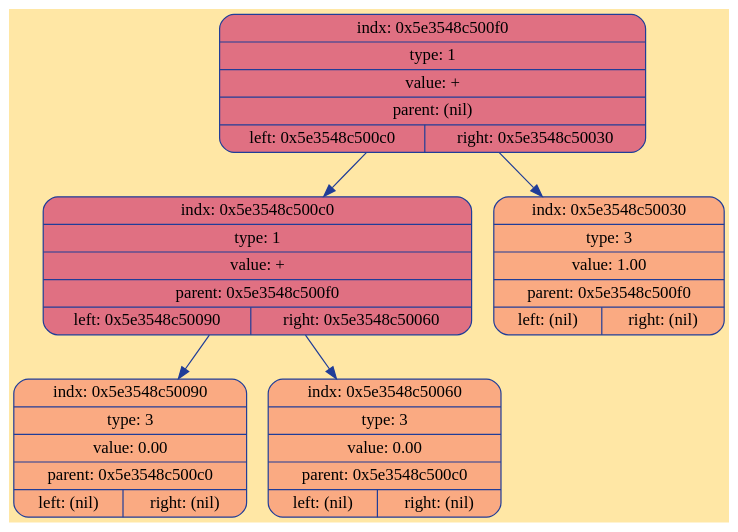
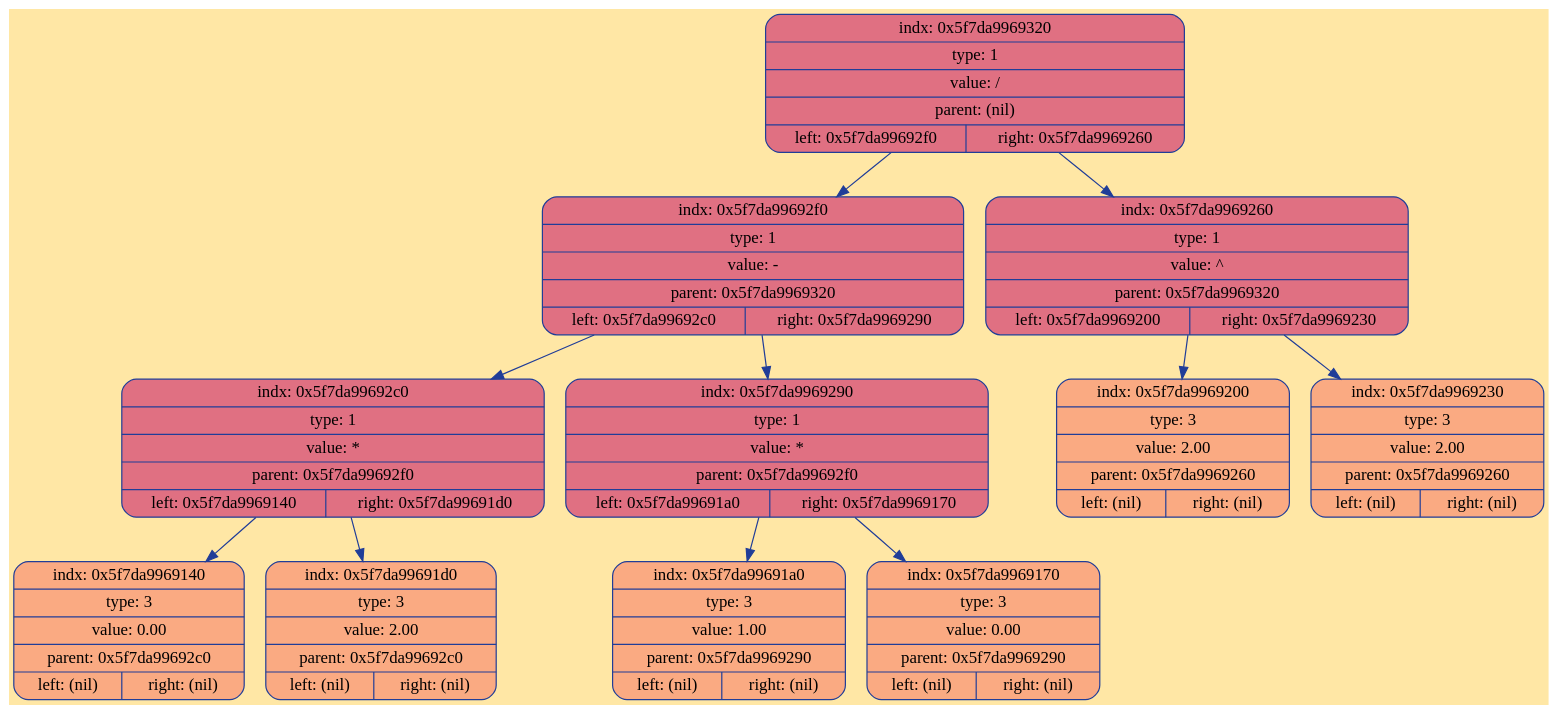
The diagram in debug/tree.dot (ksshkh/differentiator), drawn with Graphviz before and after one commit. The commit also changed 9 other files, not shown here.

```diff
--- a/debug/tree.dot
+++ b/debug/tree.dot
@@ -1,15 +1,27 @@
 digraph Tree {
 	rankdir = TB;
 	node [shape = record];
 	edge [color = "#203D98"];
 	bgcolor = "#FFE7A5";
-	node0x5e3548c500f0 [color = "#203D98", shape = Mrecord, style = filled, fillcolor = "#E07082", label = "{indx: 0x5e3548c500f0 | type: 1 | value: + | parent: (nil) | { left: 0x5e3548c500c0 | right: 0x5e3548c50030}}"];
-		node0x5e3548c500f0 -> node0x5e3548c500c0
-	node0x5e3548c500c0 [color = "#203D98", shape = Mrecord, style = filled, fillcolor = "#E07082", label = "{indx: 0x5e3548c500c0 | type: 1 | value: + | parent: 0x5e3548c500f0 | { left: 0x5e3548c50090 | right: 0x5e3548c50060}}"];
-		node0x5e3548c500c0 -> node0x5e3548c50090
-	node0x5e3548c50090 [color = "#203D98", shape = Mrecord, style = filled, fillcolor = "#FAAA82", label = "{indx: 0x5e3548c50090 | type: 3 | value: 0.00 | parent: 0x5e3548c500c0 | { left: (nil) | right: (nil)}}"];
-		node0x5e3548c500c0 -> node0x5e3548c50060
-	node0x5e3548c50060 [color = "#203D98", shape = Mrecord, style = filled, fillcolor = "#FAAA82", label = "{indx: 0x5e3548c50060 | type: 3 | value: 0.00 | parent: 0x5e3548c500c0 | { left: (nil) | right: (nil)}}"];
-		node0x5e3548c500f0 -> node0x5e3548c50030
-	node0x5e3548c50030 [color = "#203D98", shape = Mrecord, style = filled, fillcolor = "#FAAA82", label = "{indx: 0x5e3548c50030 | type: 3 | value: 1.00 | parent: 0x5e3548c500f0 | { left: (nil) | right: (nil)}}"];
+	node0x5f7da9969320 [color = "#203D98", shape = Mrecord, style = filled, fillcolor = "#E07082", label = "{indx: 0x5f7da9969320 | type: 1 | value: / | parent: (nil) | { left: 0x5f7da99692f0 | right: 0x5f7da9969260}}"];
+		node0x5f7da9969320 -> node0x5f7da99692f0
+	node0x5f7da99692f0 [color = "#203D98", shape = Mrecord, style = filled, fillcolor = "#E07082", label = "{indx: 0x5f7da99692f0 | type: 1 | value: - | parent: 0x5f7da9969320 | { left: 0x5f7da99692c0 | right: 0x5f7da9969290}}"];
+		node0x5f7da99692f0 -> node0x5f7da99692c0
+	node0x5f7da99692c0 [color = "#203D98", shape = Mrecord, style = filled, fillcolor = "#E07082", label = "{indx: 0x5f7da99692c0 | type: 1 | value: * | parent: 0x5f7da99692f0 | { left: 0x5f7da9969140 | right: 0x5f7da99691d0}}"];
+		node0x5f7da99692c0 -> node0x5f7da9969140
+	node0x5f7da9969140 [color = "#203D98", shape = Mrecord, style = filled, fillcolor = "#FAAA82", label = "{indx: 0x5f7da9969140 | type: 3 | value: 0.00 | parent: 0x5f7da99692c0 | { left: (nil) | right: (nil)}}"];
+		node0x5f7da99692c0 -> node0x5f7da99691d0
+	node0x5f7da99691d0 [color = "#203D98", shape = Mrecord, style = filled, fillcolor = "#FAAA82", label = "{indx: 0x5f7da99691d0 | type: 3 | value: 2.00 | parent: 0x5f7da99692c0 | { left: (nil) | right: (nil)}}"];
+		node0x5f7da99692f0 -> node0x5f7da9969290
+	node0x5f7da9969290 [color = "#203D98", shape = Mrecord, style = filled, fillcolor = "#E07082", label = "{indx: 0x5f7da9969290 | type: 1 | value: * | parent: 0x5f7da99692f0 | { left: 0x5f7da99691a0 | right: 0x5f7da9969170}}"];
+		node0x5f7da9969290 -> node0x5f7da99691a0
+	node0x5f7da99691a0 [color = "#203D98", shape = Mrecord, style = filled, fillcolor = "#FAAA82", label = "{indx: 0x5f7da99691a0 | type: 3 | value: 1.00 | parent: 0x5f7da9969290 | { left: (nil) | right: (nil)}}"];
+		node0x5f7da9969290 -> node0x5f7da9969170
+	node0x5f7da9969170 [color = "#203D98", shape = Mrecord, style = filled, fillcolor = "#FAAA82", label = "{indx: 0x5f7da9969170 | type: 3 | value: 0.00 | parent: 0x5f7da9969290 | { left: (nil) | right: (nil)}}"];
+		node0x5f7da9969320 -> node0x5f7da9969260
+	node0x5f7da9969260 [color = "#203D98", shape = Mrecord, style = filled, fillcolor = "#E07082", label = "{indx: 0x5f7da9969260 | type: 1 | value: ^ | parent: 0x5f7da9969320 | { left: 0x5f7da9969200 | right: 0x5f7da9969230}}"];
+		node0x5f7da9969260 -> node0x5f7da9969200
+	node0x5f7da9969200 [color = "#203D98", shape = Mrecord, style = filled, fillcolor = "#FAAA82", label = "{indx: 0x5f7da9969200 | type: 3 | value: 2.00 | parent: 0x5f7da9969260 | { left: (nil) | right: (nil)}}"];
+		node0x5f7da9969260 -> node0x5f7da9969230
+	node0x5f7da9969230 [color = "#203D98", shape = Mrecord, style = filled, fillcolor = "#FAAA82", label = "{indx: 0x5f7da9969230 | type: 3 | value: 2.00 | parent: 0x5f7da9969260 | { left: (nil) | right: (nil)}}"];
 }
```
